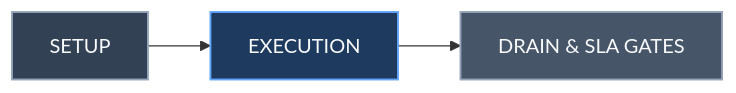
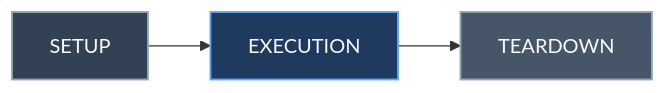
One commit to budment/budment changed the first of 2 diagrams in docs/guide/01-lifecycle.md. Above: the diagram before and after it, drawn with Mermaid. The commit also changed other lines of this file and 10 other files, not shown here.

````diff
--- a/docs/guide/01-lifecycle.md
+++ b/docs/guide/01-lifecycle.md
@@ -74,9 +71,8 @@
 ```mermaid
 flowchart LR
-
-    S["SETUP"] --> E["EXECUTION"] --> T["DRAIN & SLA GATES"]
+    S["SETUP"] --> E["EXECUTION"] --> T["TEARDOWN"]
 
     style S fill:#334155,stroke:#94a3b8,stroke-width:1.5px,color:#f8fafc
     style E fill:#1e3a5f,stroke:#60a5fa,stroke-width:1.5px,color:#f8fafc
     style T fill:#475569,stroke:#94a3b8,stroke-width:1.5px,color:#f8fafc
 ```
````
